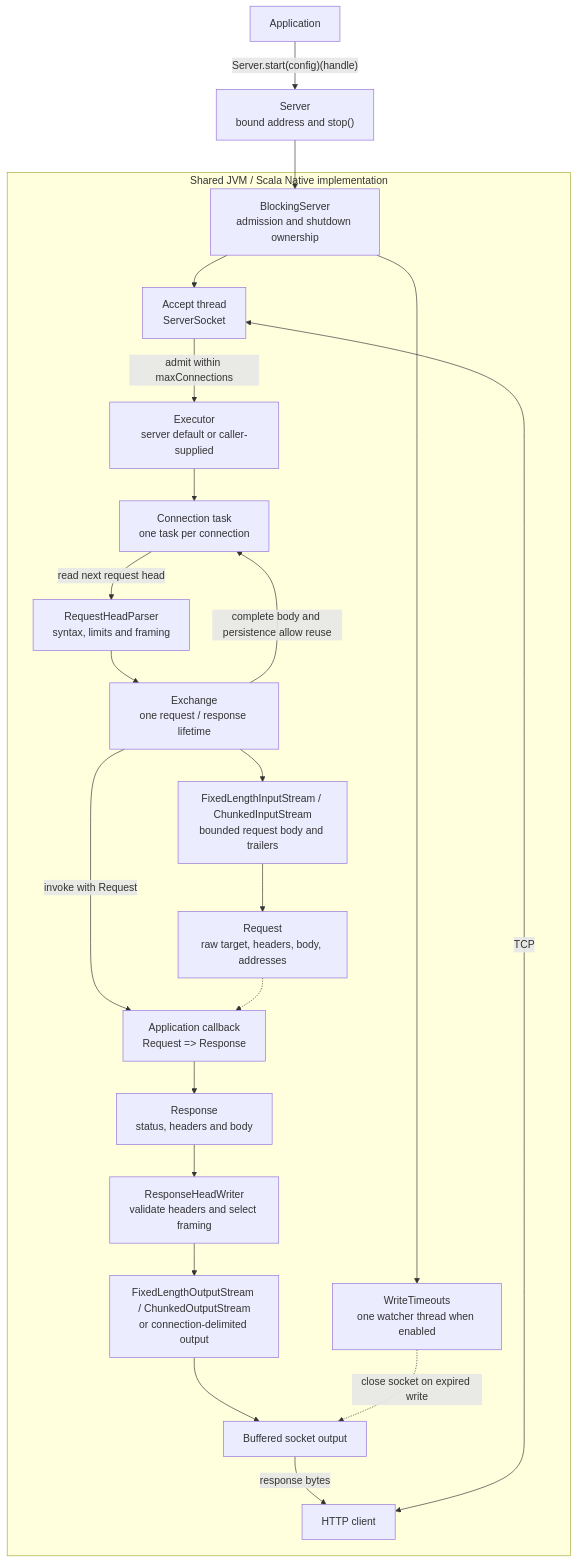
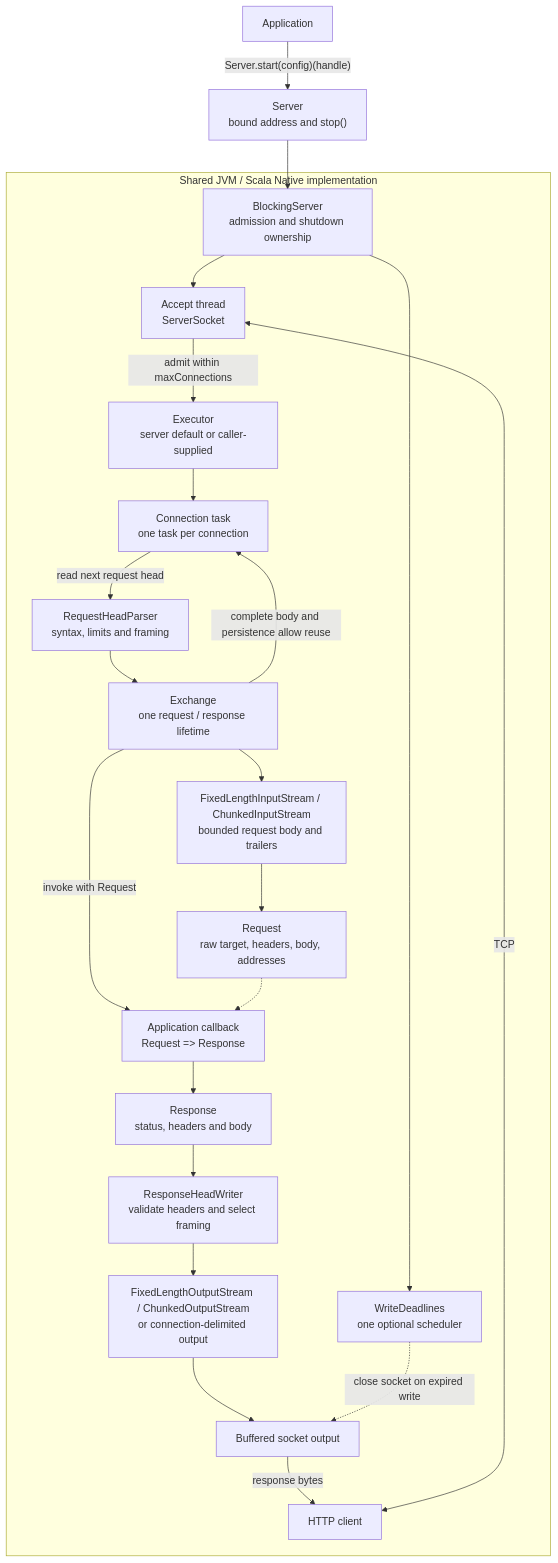
One commit to sake92/potateh changed the diagram in ARCHITECTURE.md. Above: the diagram before and after it, drawn with Mermaid. The commit also changed other lines of this file and 4 other files, not shown here.

Commit message:
Use a scheduler for write deadlines

````diff
--- a/ARCHITECTURE.md
+++ b/ARCHITECTURE.md
@@ -6,26 +6,26 @@
 ```mermaid
 flowchart TD
     App["Application"] -->|"Server.start(config)(handle)"| API["Server<br/>bound address and stop()"]
     API --> Engine["BlockingServer<br/>admission and shutdown ownership"]
 
     subgraph Core["Shared JVM / Scala Native implementation"]
         Engine --> Accept["Accept thread<br/>ServerSocket"]
         Client["HTTP client"] <-->|"TCP"| Accept
         Accept -->|"admit within maxConnections"| Executor["Executor<br/>server default or caller-supplied"]
         Executor --> Worker["Connection task<br/>one task per connection"]
         Worker -->|"read next request head"| Parser["RequestHeadParser<br/>syntax, limits and framing"]
         Parser --> Exchange["Exchange<br/>one request / response lifetime"]
         Exchange --> Input["FixedLengthInputStream / ChunkedInputStream<br/>bounded request body and trailers"]
         Input --> Request["Request<br/>raw target, headers, body, addresses"]
         Exchange -->|"invoke with Request"| Handler["Application callback<br/>Request => Response"]
         Request -.-> Handler
         Handler --> Response["Response<br/>status, headers and body"]
         Response --> Writer["ResponseHeadWriter<br/>validate headers and select framing"]
         Writer --> Output["FixedLengthOutputStream / ChunkedOutputStream<br/>or connection-delimited output"]
         Output --> Socket["Buffered socket output"]
         Socket -->|"response bytes"| Client
-        Engine --> Watcher["WriteTimeouts<br/>one watcher thread when enabled"]
-        Watcher -.->|"close socket on expired write"| Socket
+        Engine --> Deadlines["WriteDeadlines<br/>one optional scheduler"]
+        Deadlines -.->|"close socket on expired write"| Socket
         Exchange -->|"complete body and persistence allow reuse"| Worker
     end
 ```
````
